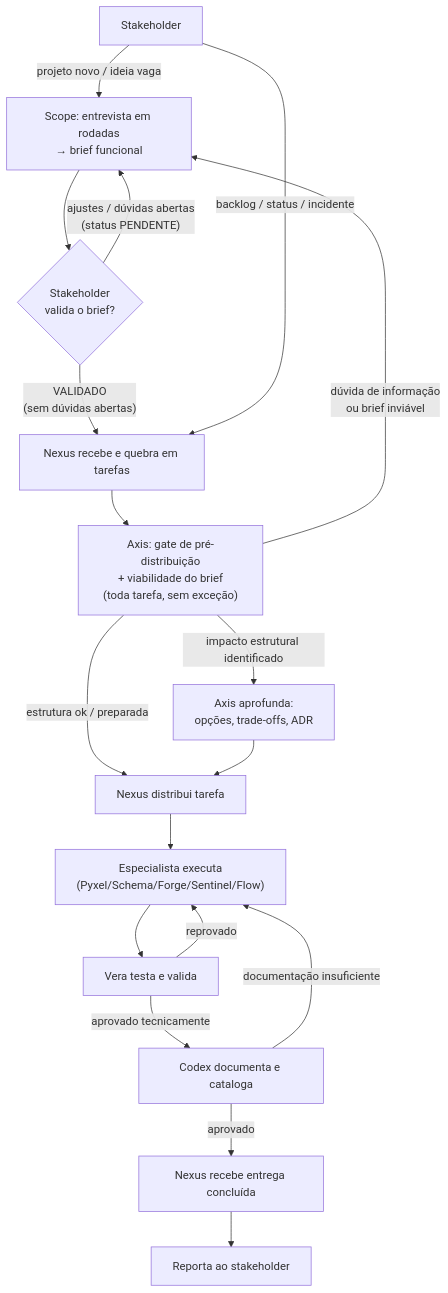
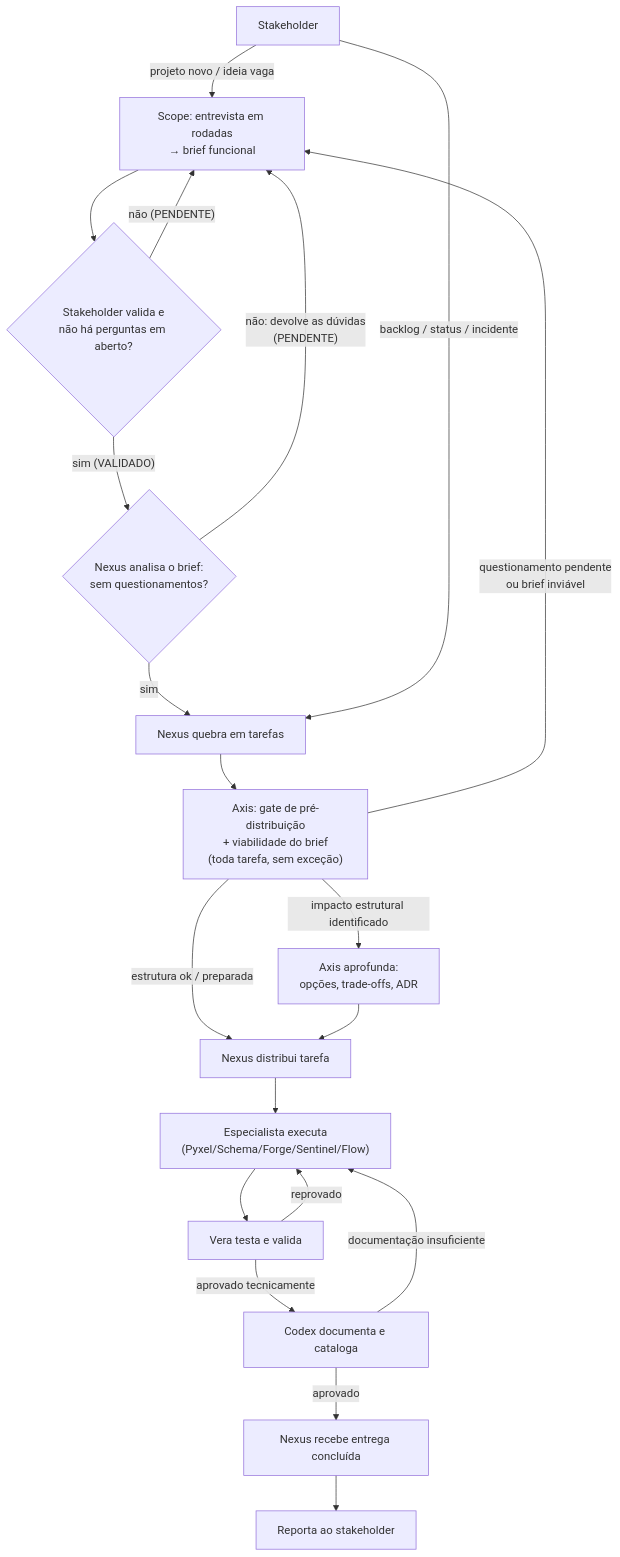
One commit to devrafaelalvarenga/data-engineer-agent-team changed the diagram in ARCHITECTURE.md. Above: the diagram before and after it, drawn with Mermaid. The commit also changed other lines of this file and 5 other files, not shown here.

First line of the commit message:
Brief with facts only, Nexus validation, and uncapped doubt clearing

````diff
--- a/ARCHITECTURE.md
+++ b/ARCHITECTURE.md
@@ -63,20 +63,22 @@
 ```mermaid
 flowchart TD
     S["Stakeholder"] -->|"projeto novo / ideia vaga"| SC["Scope: entrevista em rodadas<br/>→ brief funcional"]
-    SC --> VAL{"Stakeholder<br/>valida o brief?"}
-    VAL -->|"ajustes / dúvidas abertas<br/>(status PENDENTE)"| SC
-    VAL -->|"VALIDADO<br/>(sem dúvidas abertas)"| N["Nexus recebe e quebra em tarefas"]
+    SC --> VAL{"Stakeholder valida e<br/>não há perguntas em aberto?"}
+    VAL -->|"não (PENDENTE)"| SC
+    VAL -->|"sim (VALIDADO)"| NV{"Nexus analisa o brief:<br/>sem questionamentos?"}
+    NV -->|"não: devolve as dúvidas<br/>(PENDENTE)"| SC
+    NV -->|"sim"| N["Nexus quebra em tarefas"]
     S -->|"backlog / status / incidente"| N
     N --> AX["Axis: gate de pré-distribuição<br/>+ viabilidade do brief<br/>(toda tarefa, sem exceção)"]
-    AX -->|"dúvida de informação<br/>ou brief inviável"| SC
+    AX -->|"questionamento pendente<br/>ou brief inviável"| SC
     AX -->|"estrutura ok / preparada"| T["Nexus distribui tarefa"]
     AX -->|"impacto estrutural identificado"| ADR["Axis aprofunda:<br/>opções, trade-offs, ADR"]
     ADR --> T
     T --> E["Especialista executa<br/>(Pyxel/Schema/Forge/Sentinel/Flow)"]
     E --> V["Vera testa e valida"]
     V -->|reprovado| E
     V -->|aprovado tecnicamente| C["Codex documenta e cataloga"]
     C -->|documentação insuficiente| E
     C -->|aprovado| N2["Nexus recebe entrega concluída"]
     N2 --> S2["Reporta ao stakeholder"]
 ```
````
